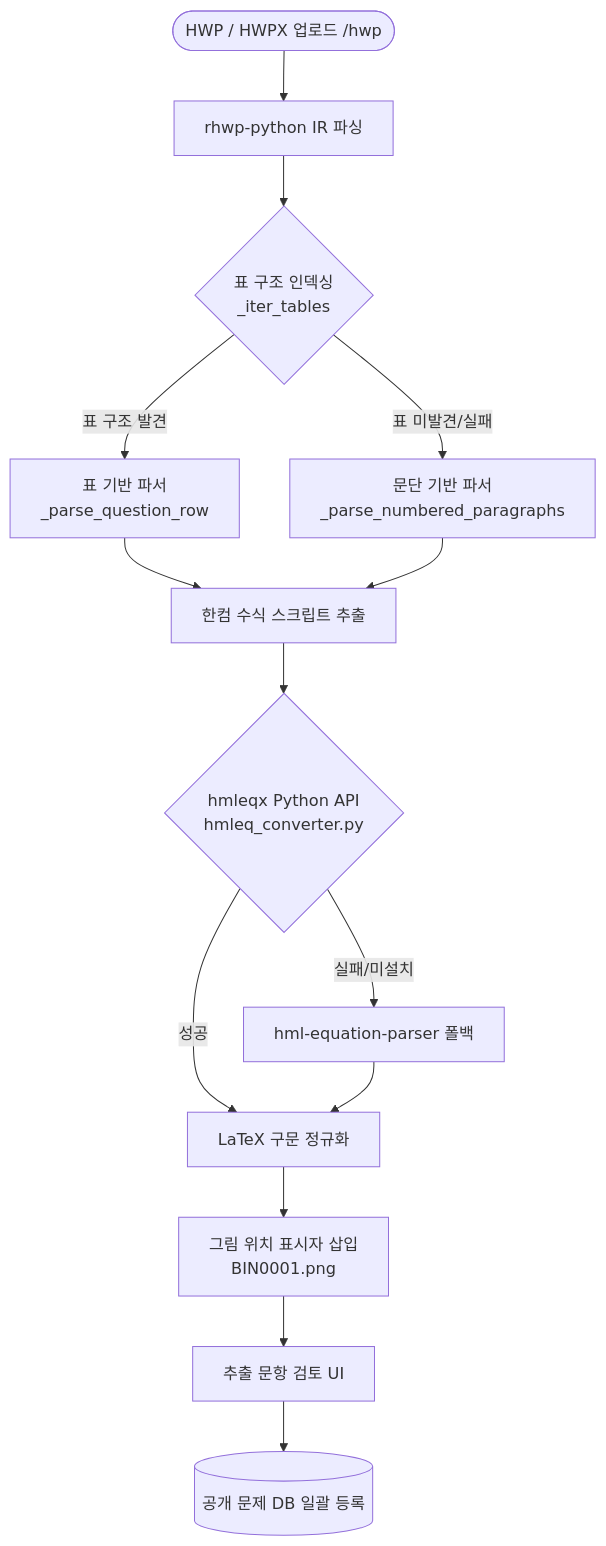
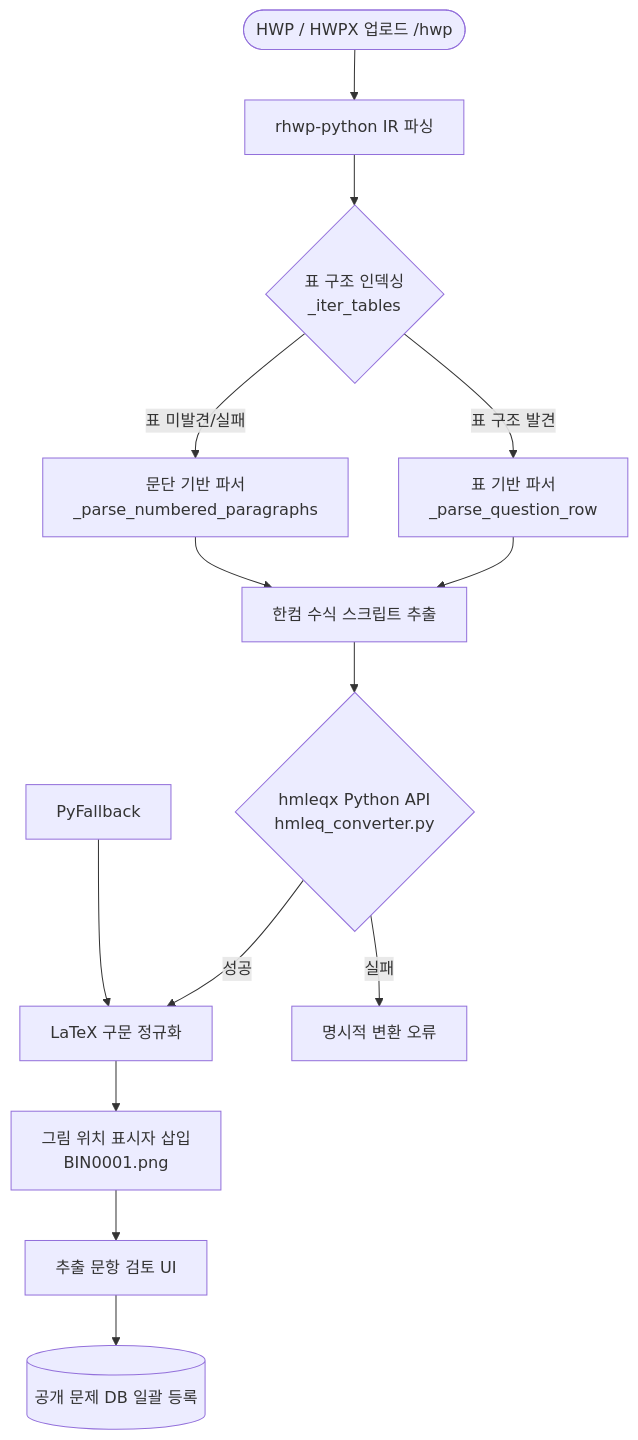
One commit to Hwi0228/hexora changed the first of 2 diagrams in docs/hwp-parsing-and-export.md. Above: the diagram before and after it, drawn with Mermaid. The commit also changed other lines of this file and 3 other files, not shown here.

````diff
--- a/docs/hwp-parsing-and-export.md
+++ b/docs/hwp-parsing-and-export.md
@@ -11,20 +11,20 @@
 ```mermaid
 flowchart TD
     Start([HWP / HWPX 업로드 /hwp]) --> BuildIR[rhwp-python IR 파싱]
     BuildIR --> ParseTable{표 구조 인덱싱 <br/> _iter_tables}
 
     ParseTable -->|표 구조 발견| PrimaryParser[표 기반 파서<br/>_parse_question_row]
     ParseTable -->|표 미발견/실패| FallbackParser[문단 기반 파서<br/>_parse_numbered_paragraphs]
 
     PrimaryParser --> ExtractMath[한컴 수식 스크립트 추출]
     FallbackParser --> ExtractMath
 
     ExtractMath --> HmleqConverter{hmleqx Python API<br/>hmleq_converter.py}
     HmleqConverter -->|성공| LatexMath[LaTeX 구문 정규화]
-    HmleqConverter -->|실패/미설치| PyFallback[hml-equation-parser 폴백]
+    HmleqConverter -->|실패| ConversionError[명시적 변환 오류]
     PyFallback --> LatexMath
 
     LatexMath --> PicturePlaceholder[그림 위치 표시자 삽입<br/>BIN0001.png]
     PicturePlaceholder --> PreviewUI[추출 문항 검토 UI]
     PreviewUI --> BulkInsert[(공개 문제 DB 일괄 등록)]
 ```
````
